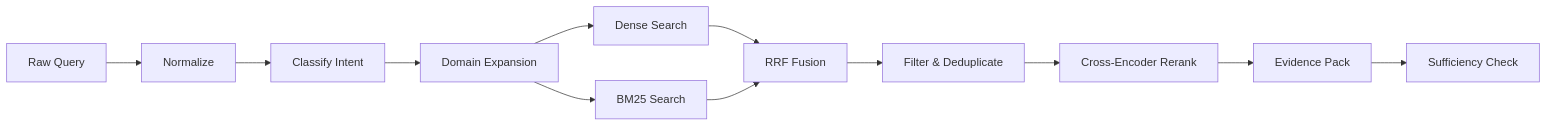
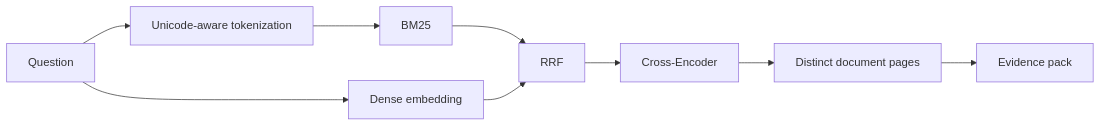
Before and after one commit to doyeon789/semiconductor-document-rag-ai-agent: the diagram in docs/retrieval-design.md, drawn with Mermaid. The commit also changed other lines of this file and 25 other files, not shown here.

````diff
--- a/docs/retrieval-design.md
+++ b/docs/retrieval-design.md
@@ -9,14 +20,11 @@
 ```mermaid
 flowchart LR
-    Q["Raw Query"] --> N["Normalize"]
-    N --> C["Classify Intent"]
-    C --> E["Domain Expansion"]
-    E --> D["Dense Search"]
-    E --> B["BM25 Search"]
-    D --> F["RRF Fusion"]
-    B --> F
-    F --> X["Filter & Deduplicate"]
-    X --> R["Cross-Encoder Rerank"]
-    R --> P["Evidence Pack"]
-    P --> S["Sufficiency Check"]
+    Q["Question"] --> TOK["Unicode-aware tokenization"]
+    TOK --> BM25["BM25"]
+    Q --> DENSE["Dense embedding"]
+    BM25 --> RRF["RRF"]
+    DENSE --> RRF
+    RRF --> RERANK["Cross-Encoder"]
+    RERANK --> DEDUP["Distinct document pages"]
+    DEDUP --> EVIDENCE["Evidence pack"]
 ```
````
